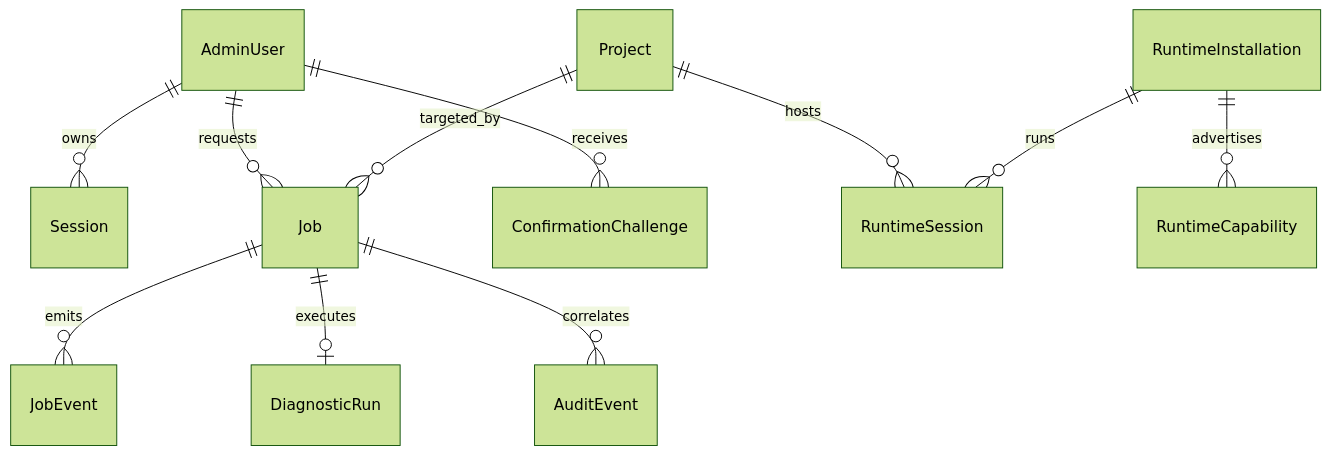
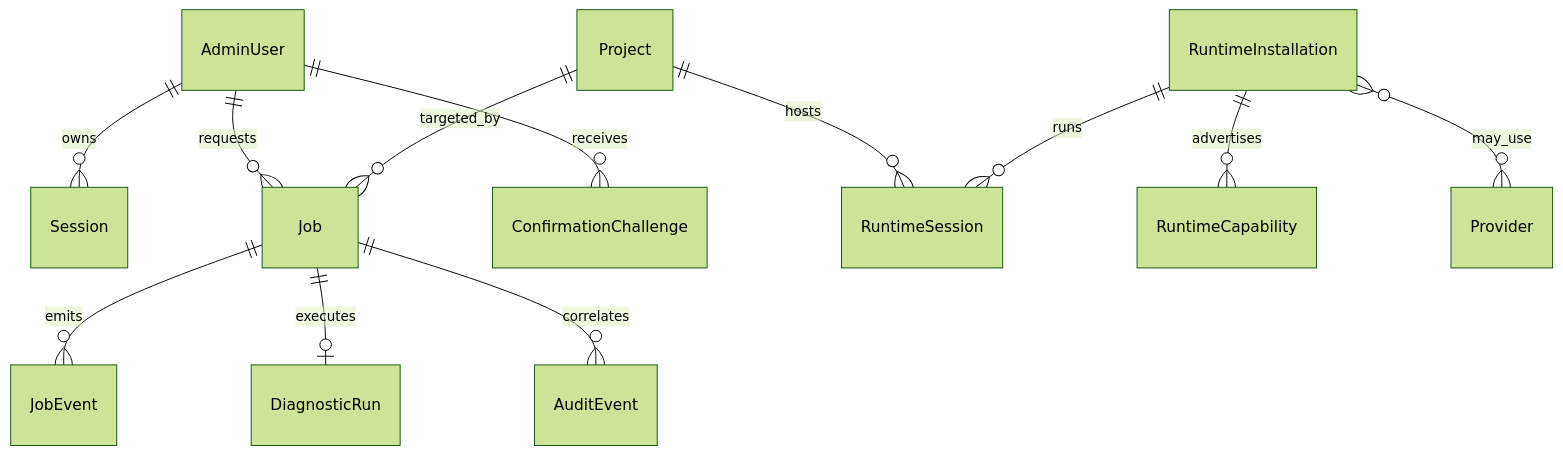
One commit to ForceMind/agentbox changed the diagram in docs/DATA_MODEL.md. Above: the diagram before and after it, drawn with Mermaid (forest theme). The commit also changed other lines of this file and 11 other files, not shown here.

````diff
--- a/docs/DATA_MODEL.md
+++ b/docs/DATA_MODEL.md
@@ -272,13 +309,14 @@
 ```mermaid
 erDiagram
     AdminUser ||--o{ Session : owns
     AdminUser ||--o{ Job : requests
     AdminUser ||--o{ ConfirmationChallenge : receives
     Project ||--o{ RuntimeSession : hosts
     RuntimeInstallation ||--o{ RuntimeCapability : advertises
     RuntimeInstallation ||--o{ RuntimeSession : runs
+    RuntimeInstallation }o--o{ Provider : may_use
     Job ||--o{ JobEvent : emits
     Job ||--o| DiagnosticRun : executes
     Job ||--o{ AuditEvent : correlates
     Project ||--o{ Job : targeted_by
 ```
````
